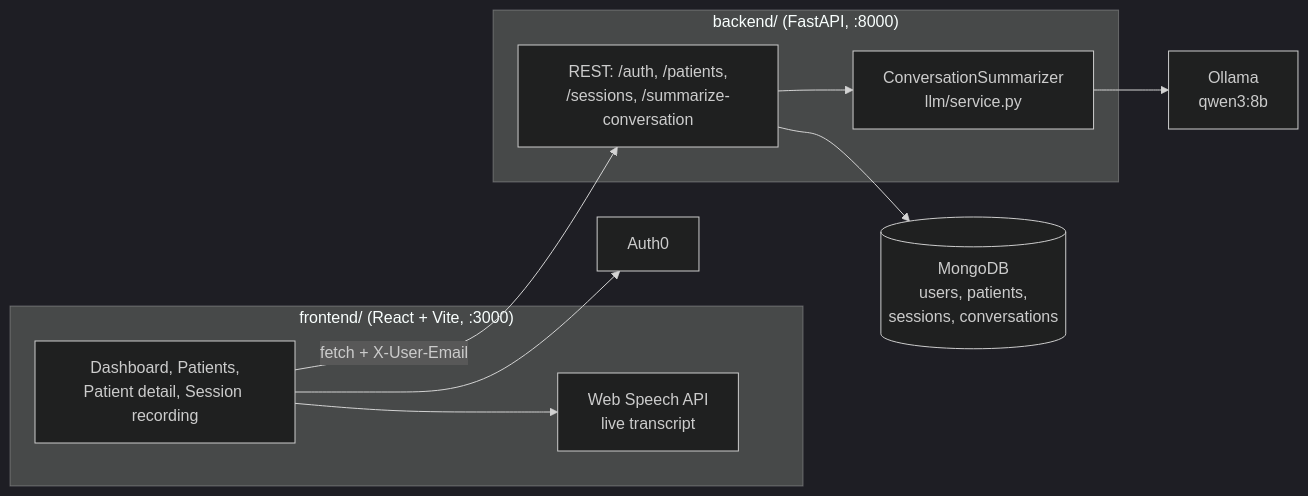
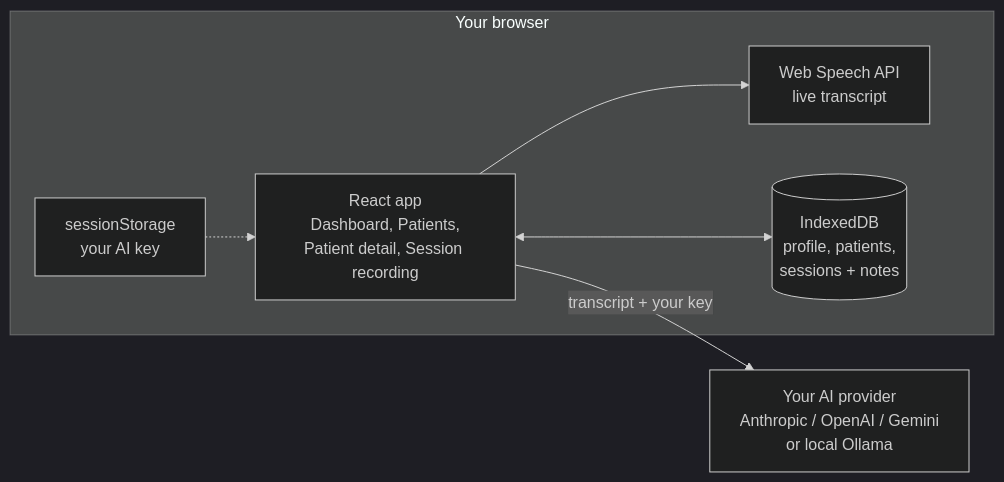
One commit to zero-abd/HackRice-2025 changed the diagram in Readme.md. Above: the diagram before and after it, drawn with Mermaid (dark theme). The commit also changed other lines of this file and 43 other files, not shown here.

First line of the commit message:
Ship DocLess as a local-first MVP (IndexedDB + bring-your-own-key notes) (#3)

````diff
--- a/Readme.md
+++ b/Readme.md
@@ -21,20 +50,15 @@
 ```mermaid
 flowchart LR
-  subgraph FE["frontend/ (React + Vite, :3000)"]
-    UI["Dashboard, Patients,<br/>Patient detail, Session recording"]
+  subgraph Browser["Your browser"]
+    UI["React app<br/>Dashboard, Patients,<br/>Patient detail, Session recording"]
     STT["Web Speech API<br/>live transcript"]
+    IDB[("IndexedDB<br/>profile, patients,<br/>sessions + notes")]
+    KEY["sessionStorage<br/>your AI key"]
   end
-  A0["Auth0"]
-  subgraph BE["backend/ (FastAPI, :8000)"]
-    API["REST: /auth, /patients,<br/>/sessions, /summarize-conversation"]
-    LLM["ConversationSummarizer<br/>llm/service.py"]
-  end
-  OL["Ollama<br/>qwen3:8b"]
-  DB[("MongoDB<br/>users, patients,<br/>sessions, conversations")]
+  LLM["Your AI provider<br/>Anthropic / OpenAI / Gemini<br/>or local Ollama"]
 
-  UI --> A0
   UI --> STT
-  UI -- "fetch + X-User-Email" --> API
-  API --> DB
-  API --> LLM --> OL
+  UI <--> IDB
+  UI -- "transcript + your key" --> LLM
+  KEY -.-> UI
 ```
````
